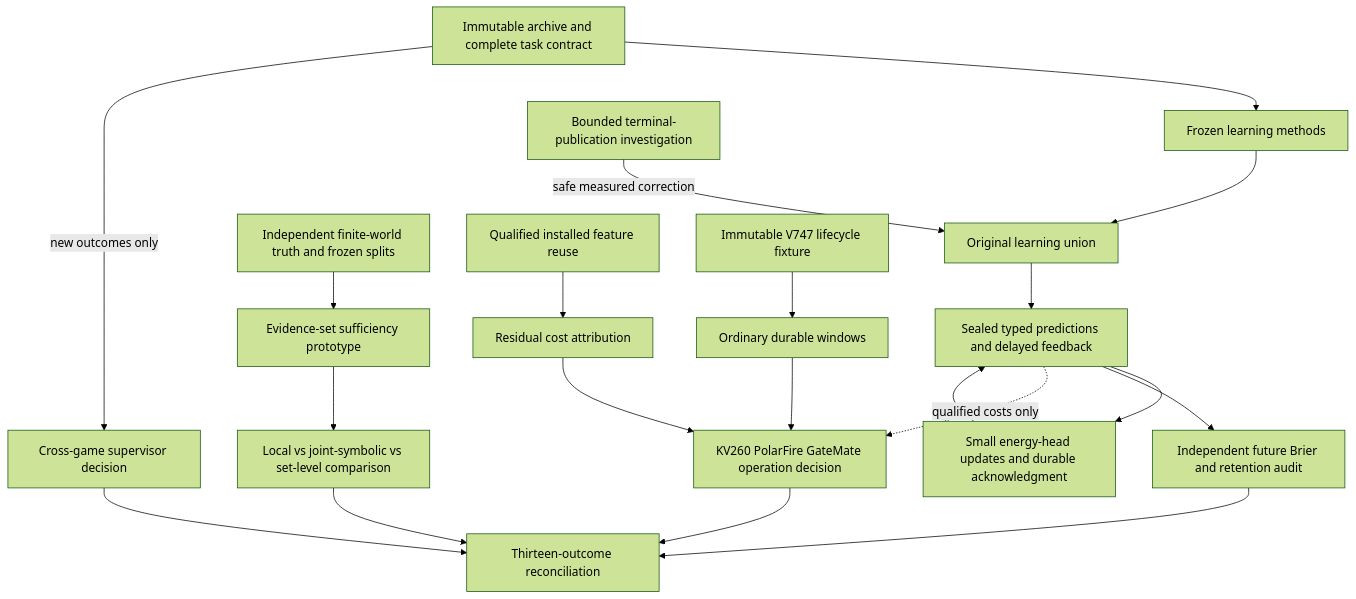
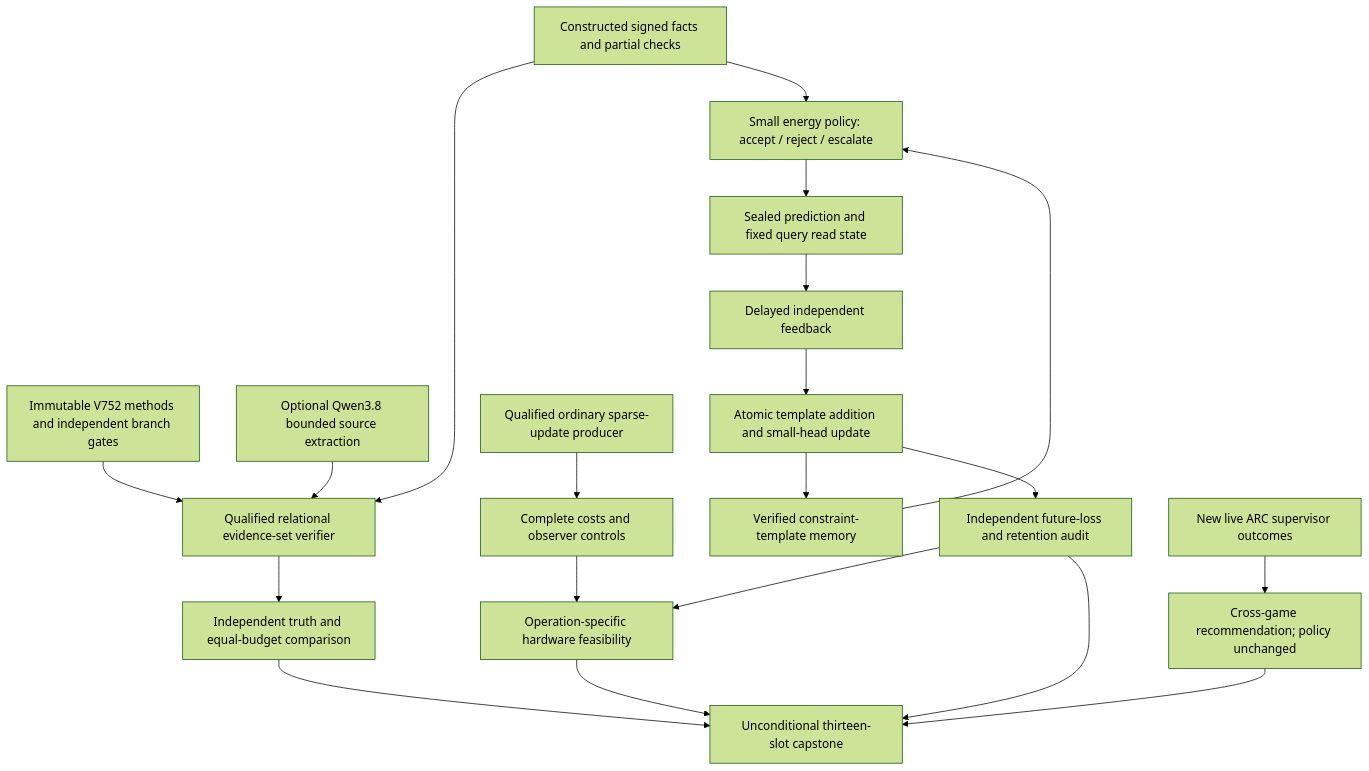
The first of 2 diagrams in openspec/change-proposals/research-roadmap-vNEXT.md (Carnot-EBM/carnot-ebm), drawn with Mermaid (forest theme) before and after one commit. The commit also changed other lines of this file and 14 other files, not shown here.

````diff
--- a/openspec/change-proposals/research-roadmap-vNEXT.md
+++ b/openspec/change-proposals/research-roadmap-vNEXT.md
@@ -88,22 +81,22 @@
 ```mermaid
 flowchart TD
-    A[Immutable archive and complete task contract] --> M[Frozen learning methods]
-    P[Bounded terminal-publication investigation] -->|safe measured correction| U[Original learning union]
-    M --> U
-    U --> L[Sealed typed predictions and delayed feedback]
-    L --> W[Small energy-head updates and durable acknowledgment]
-    W --> L
-    L --> B[Independent future Brier and retention audit]
-    S[Independent finite-world truth and frozen splits] --> V[Evidence-set sufficiency prototype]
-    V --> E[Local vs joint-symbolic vs set-level comparison]
-    F[Qualified installed feature reuse] --> C[Residual cost attribution]
-    H[Immutable V747 lifecycle fixture] --> D[Ordinary durable windows]
-    A -->|new outcomes only| R[Cross-game supervisor decision]
-    C --> K[KV260 PolarFire GateMate operation decision]
-    D --> K
-    L -. qualified costs only .-> K
-    B --> Z[Thirteen-outcome reconciliation]
-    E --> Z
-    R --> Z
-    K --> Z
+  A[Immutable V752 methods and independent branch gates] --> V[Qualified relational evidence-set verifier]
+  S[Constructed signed facts and partial checks] --> V
+  Q[Optional Qwen3.8 bounded source extraction] --> V
+  V --> T[Independent truth and equal-budget comparison]
+  S --> P[Small energy policy: accept / reject / escalate]
+  M[Verified constraint-template memory] --> P
+  P --> R[Sealed prediction and fixed query read state]
+  R --> F[Delayed independent feedback]
+  F --> U[Atomic template addition and small-head update]
+  U --> M
+  U --> B[Independent future-loss and retention audit]
+  D[Qualified ordinary sparse-update producer] --> C[Complete costs and observer controls]
+  C --> H[Operation-specific hardware feasibility]
+  B --> H
+  L[New live ARC supervisor outcomes] --> X[Cross-game recommendation; policy unchanged]
+  T --> Z[Unconditional thirteen-slot capstone]
+  B --> Z
+  H --> Z
+  X --> Z
 ```
````
